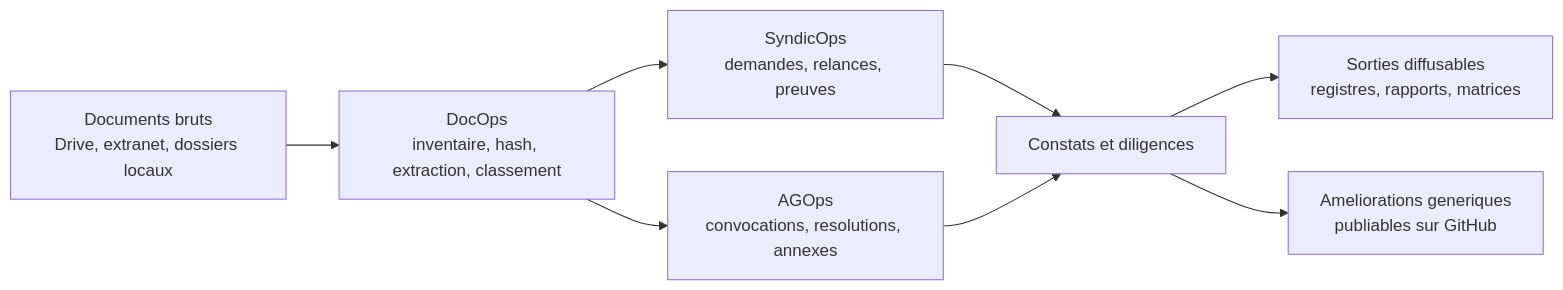
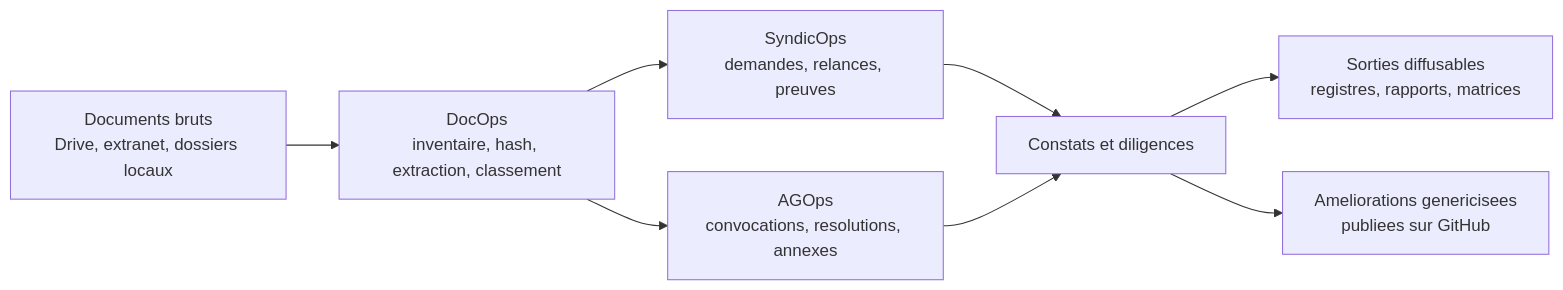
The diagram in README.md (bthollet/CoproScope), drawn with Mermaid before and after one commit. The commit also changed other lines of this file and 7 other files, not shown here.

````diff
--- a/README.md
+++ b/README.md
@@ -7,10 +15,10 @@
 ```mermaid
 flowchart LR
     A["Documents bruts<br/>Drive, extranet, dossiers locaux"] --> B["DocOps<br/>inventaire, hash, extraction, classement"]
     B --> C["SyndicOps<br/>demandes, relances, preuves"]
     B --> D["AGOps<br/>convocations, resolutions, annexes"]
     C --> E["Constats et diligences"]
     D --> E
     E --> F["Sorties diffusables<br/>registres, rapports, matrices"]
-    E --> G["Ameliorations generiques<br/>publiables sur GitHub"]
+    E --> G["Ameliorations genericisees<br/>publiees sur GitHub"]
 ```
````
